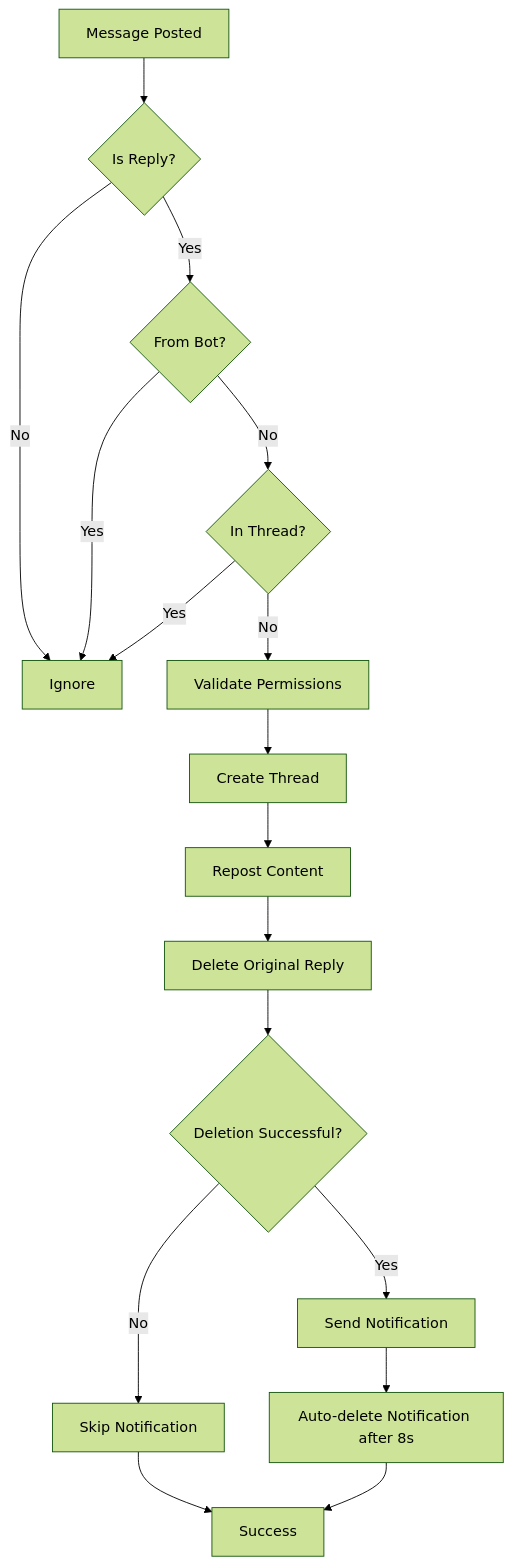
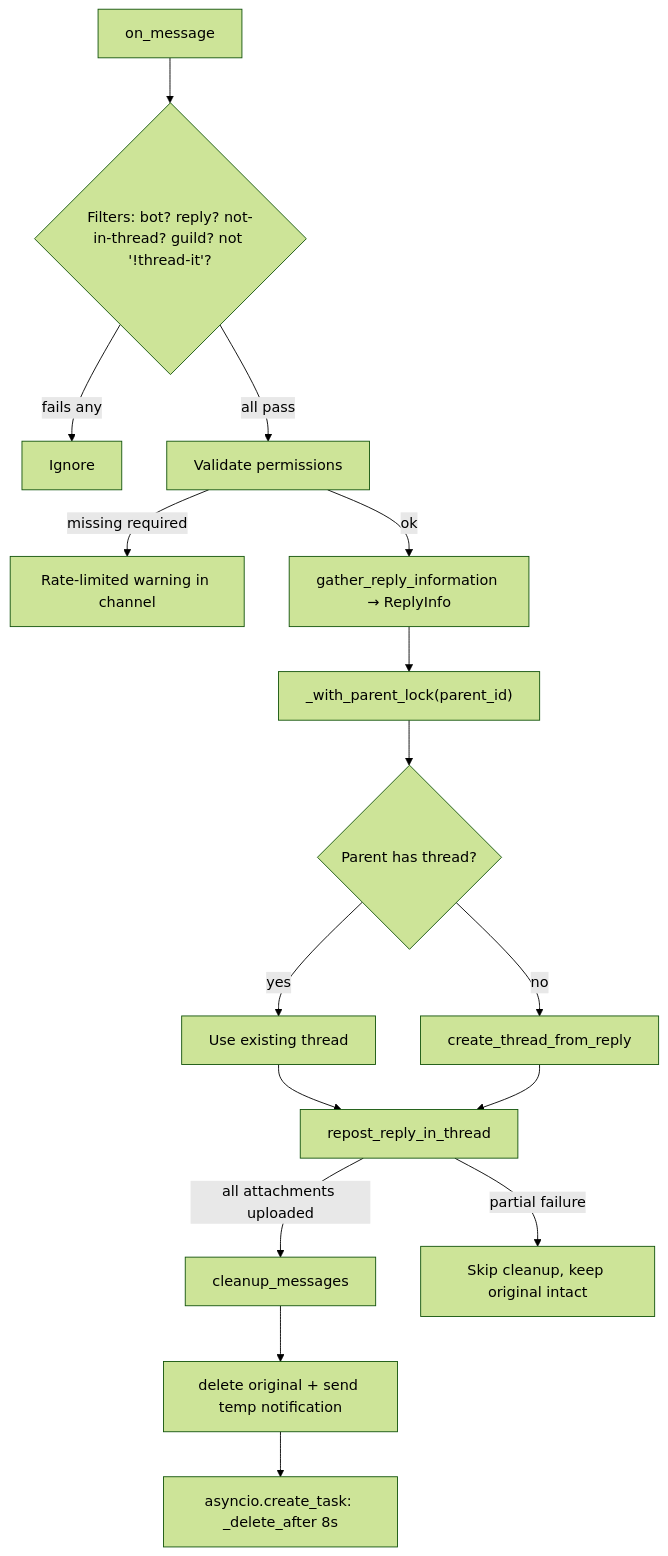
Before and after one commit to wei/thread-it: the diagram in docs/CONTRIBUTING.md, drawn with Mermaid (forest theme). The commit also changed other lines of this file and 5 other files, not shown here.

````diff
--- a/docs/CONTRIBUTING.md
+++ b/docs/CONTRIBUTING.md
@@ -197,19 +238,18 @@
 ```mermaid
 graph TD
-    A[Message Posted] --> B{Is Reply?}
-    B -->|No| C[Ignore]
-    B -->|Yes| D{From Bot?}
-    D -->|Yes| C
-    D -->|No| E{In Thread?}
-    E -->|Yes| C
-    E -->|No| F[Validate Permissions]
-    F --> G[Create Thread]
-    G --> H[Repost Content]
-    H --> I[Delete Original Reply]
-    I --> J{Deletion Successful?}
-    J -->|Yes| K[Send Notification]
-    J -->|No| L[Skip Notification]
-    K --> M[Auto-delete Notification after 8s]
-    L --> N[Success]
-    M --> N
+    A[on_message] --> B{Filters: bot? reply? not-in-thread? guild? not '!thread-it'?}
+    B -->|fails any| C[Ignore]
+    B -->|all pass| D[Validate permissions]
+    D -->|missing required| E[Rate-limited warning in channel]
+    D -->|ok| F[gather_reply_information → ReplyInfo]
+    F --> G["_with_parent_lock(parent_id)"]
+    G --> H{Parent has thread?}
+    H -->|yes| I[Use existing thread]
+    H -->|no| J[create_thread_from_reply]
+    I --> K[repost_reply_in_thread]
+    J --> K
+    K -->|all attachments uploaded| L[cleanup_messages]
+    K -->|partial failure| M[Skip cleanup, keep original intact]
+    L --> N[delete original + send temp notification]
+    N --> O[asyncio.create_task: _delete_after 8s]
 ```
````
